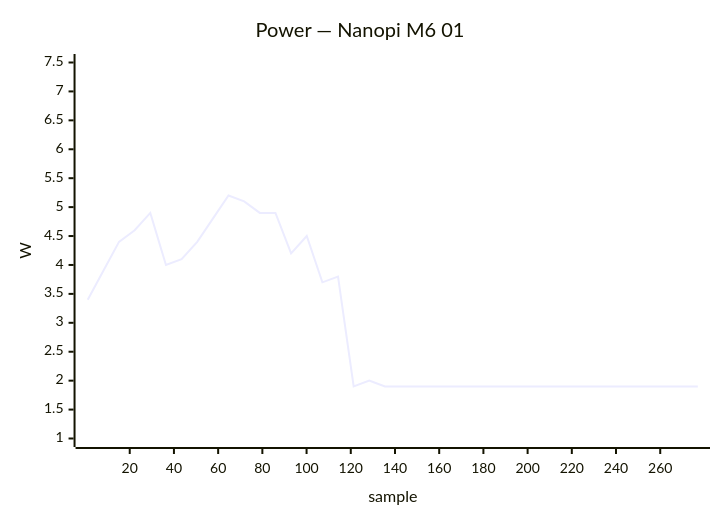
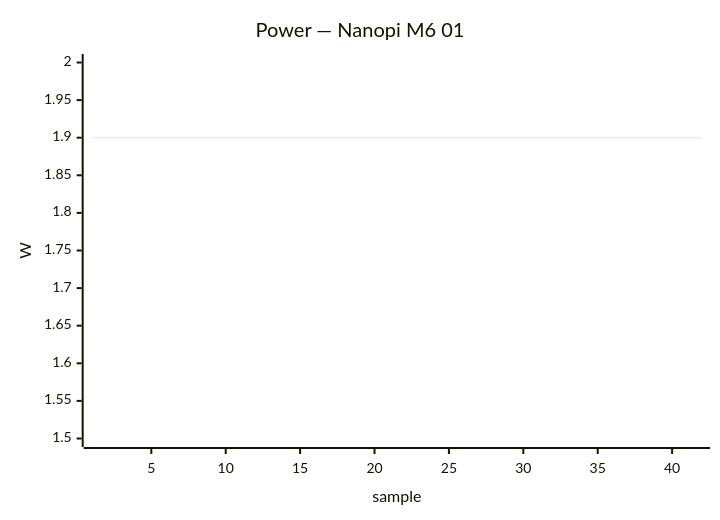
The fourth of 39 diagrams in docs/status/board-tests.md (armbian/documentation), drawn with Mermaid before and after one commit. The commit also changed other lines of this file, not shown here.

````diff
--- a/docs/status/board-tests.md
+++ b/docs/status/board-tests.md
@@ -134,7 +92,7 @@
 ```mermaid
 xychart-beta
     title "Power — Nanopi M6 01"
-    x-axis "sample" 1 --> 277
-    y-axis "W" 1.0 --> 7.5
-    line [3.4, 3.9, 4.4, 4.6, 4.9, 4.0, 4.1, 4.4, 4.8, 5.2, 5.1, 4.9, 4.9, 4.2, 4.5, 3.7, 3.8, 1.9, 2.0, 1.9, 1.9, 1.9, 1.9, 1.9, 1.9, 1.9, 1.9, 1.9, 1.9, 1.9, 1.9, 1.9, 1.9, 1.9, 1.9, 1.9, 1.9, 1.9, 1.9, 1.9]
+    x-axis "sample" 1 --> 42
+    y-axis "W" 1.5 --> 2.0
+    line [1.9, 1.9, 1.9, 1.9, 1.9, 1.9, 1.9, 1.9, 1.9, 1.9, 1.9, 1.9, 1.9, 1.9, 1.9, 1.9, 1.9, 1.9, 1.9, 1.9, 1.9, 1.9, 1.9, 1.9, 1.9, 1.9, 1.9, 1.9, 1.9, 1.9, 1.9, 1.9, 1.9, 1.9, 1.9, 1.9, 1.9, 1.9, 1.9, 1.9]
 ```
````
